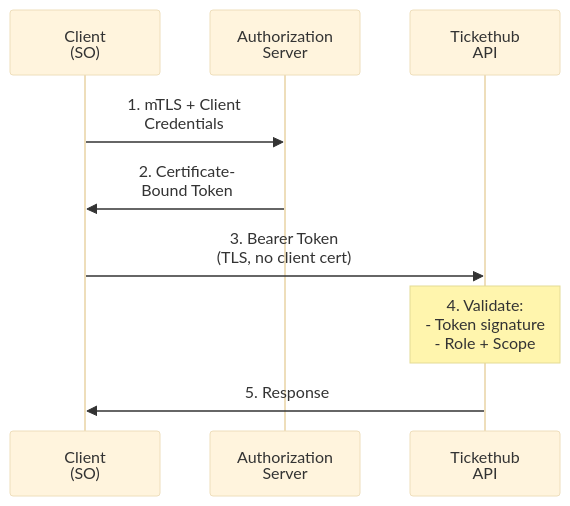
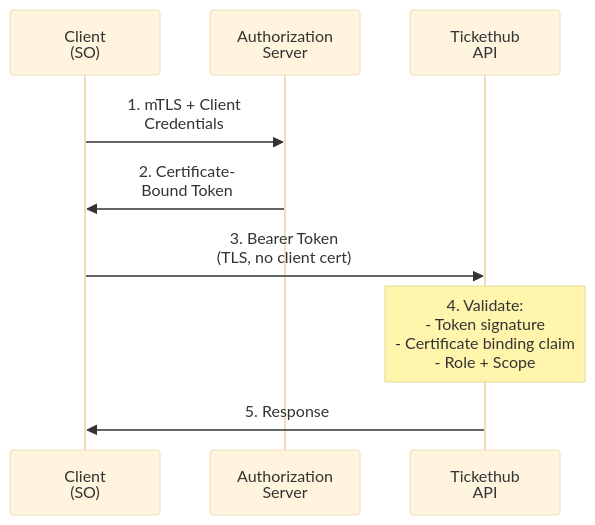
Before and after one commit to HUSST-de/ABT-Ticketspeicher-Schnittstelle: the second of 2 diagrams in authorization_and_authentication.md, drawn with Mermaid (base theme). The commit also changed other lines of this file and 3 other files, not shown here.

````diff
--- a/authorization_and_authentication.md
+++ b/authorization_and_authentication.md
@@ -344,12 +344,12 @@
 ```mermaid
 sequenceDiagram
   participant Client as Client<br/>(SO)
   participant AuthServer as Authorization<br/>Server
   participant API as Tickethub<br/>API
   
   Client->>AuthServer: 1. mTLS + Client<br/>Credentials
   AuthServer->>Client: 2. Certificate-<br/>Bound Token
   Client->>API: 3. Bearer Token<br/>(TLS, no client cert)
-  Note over API: 4. Validate:<br/>- Token signature<br/>- Role + Scope
+  Note over API: 4. Validate:<br/>- Token signature<br/>- Certificate binding claim<br/>- Role + Scope
   API->>Client: 5. Response
 ```
````
